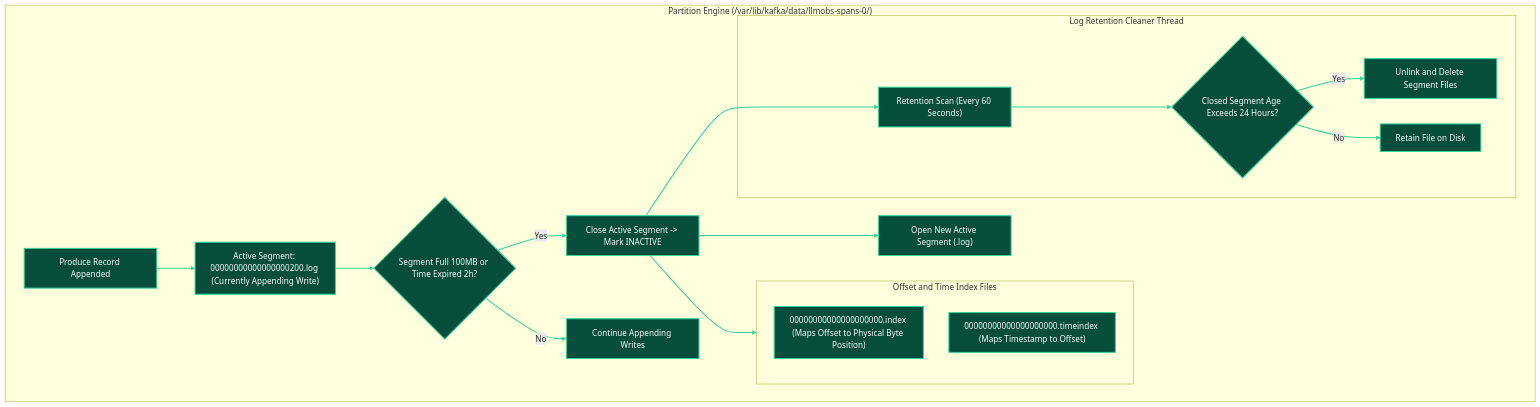
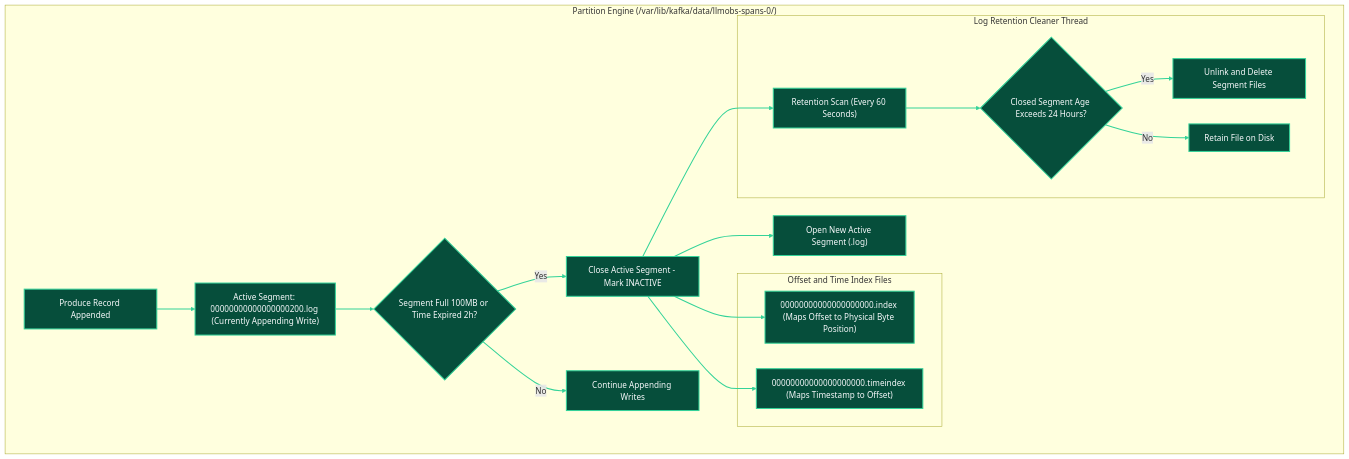
One commit to Chief-Strategist-J/llm-obs-infra changed diagram 16 of 22 in docs/configDoc/kafka-configuration-guide.md. Above: the diagram before and after it, drawn with Mermaid. The commit also changed other lines of this file, not shown here.

Commit message:
fix(kafka-docs): resolve GitHub Mermaid diagram syntax errors and expand LLD rebalance state machine

````diff
--- a/docs/configDoc/kafka-configuration-guide.md
+++ b/docs/configDoc/kafka-configuration-guide.md
@@ -1256,41 +1296,42 @@
 ```mermaid
 graph TB
     subgraph PartitionDirectoryEngine ["Partition Engine (/var/lib/kafka/data/llmobs-spans-0/)"]
         WriteOp["Produce Record Appended"] --> ActiveSegment["Active Segment: 00000000000000000200.log (Currently Appending Write)"]
 
         ActiveSegment --> RollCondition{"Segment Full 100MB or Time Expired 2h?"}
-        RollCondition -- Yes --> CloseSegment["Close Active Segment -> Mark INACTIVE"]
+        RollCondition -->|Yes| CloseSegment["Close Active Segment - Mark INACTIVE"]
         CloseSegment --> OpenNew["Open New Active Segment (.log)"]
-        RollCondition -- No --> KeepWriting["Continue Appending Writes"]
+        RollCondition -->|No| KeepWriting["Continue Appending Writes"]
 
         subgraph IndexLookups ["Offset and Time Index Files"]
             OffsetIndex["00000000000000000000.index (Maps Offset to Physical Byte Position)"]
             TimeIndex["00000000000000000000.timeindex (Maps Timestamp to Offset)"]
         end
 
-        CloseSegment --> IndexLookups
+        CloseSegment --> OffsetIndex
+        CloseSegment --> TimeIndex
 
         subgraph LogRetentionCleaner ["Log Retention Cleaner Thread"]
             CleanerScan["Retention Scan (Every 60 Seconds)"] --> RetentionCheck{"Closed Segment Age Exceeds 24 Hours?"}
-            RetentionCheck -- Yes --> UnlinkFile["Unlink and Delete Segment Files"]
-            RetentionCheck -- No --> RetainSegment["Retain File on Disk"]
+            RetentionCheck -->|Yes| UnlinkFile["Unlink and Delete Segment Files"]
+            RetentionCheck -->|No| RetainSegment["Retain File on Disk"]
         end
 
         CloseSegment --> CleanerScan
     end
 
     style WriteOp fill:#064e3b,stroke:#34d399,stroke-width:2px,color:#f8fafc
     style ActiveSegment fill:#064e3b,stroke:#34d399,stroke-width:2px,color:#f8fafc
     style RollCondition fill:#064e3b,stroke:#34d399,stroke-width:2px,color:#f8fafc
     style CloseSegment fill:#064e3b,stroke:#34d399,stroke-width:2px,color:#f8fafc
     style OpenNew fill:#064e3b,stroke:#34d399,stroke-width:2px,color:#f8fafc
     style KeepWriting fill:#064e3b,stroke:#34d399,stroke-width:2px,color:#f8fafc
     style OffsetIndex fill:#064e3b,stroke:#34d399,stroke-width:2px,color:#f8fafc
     style TimeIndex fill:#064e3b,stroke:#34d399,stroke-width:2px,color:#f8fafc
     style CleanerScan fill:#064e3b,stroke:#34d399,stroke-width:2px,color:#f8fafc
     style RetentionCheck fill:#064e3b,stroke:#34d399,stroke-width:2px,color:#f8fafc
     style UnlinkFile fill:#064e3b,stroke:#34d399,stroke-width:2px,color:#f8fafc
     style RetainSegment fill:#064e3b,stroke:#34d399,stroke-width:2px,color:#f8fafc
 
-    linkStyle 0,1,2,3,4,5,6,7,8,9 stroke:#34d399,stroke-width:2px;
+    linkStyle 0,1,2,3,4,5,6,7,8,9,10 stroke:#34d399,stroke-width:2px;
 ```
````
